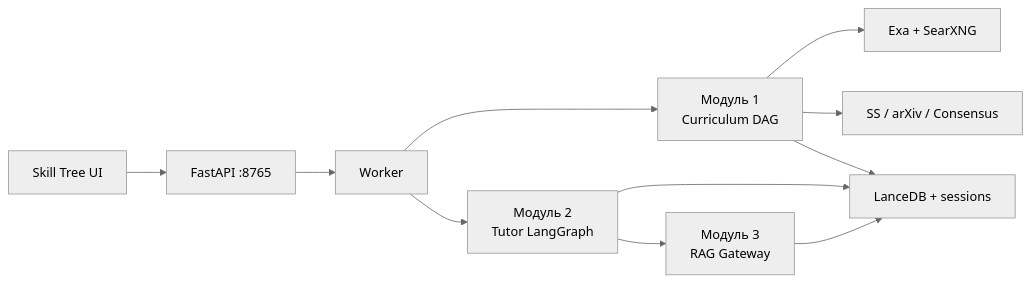
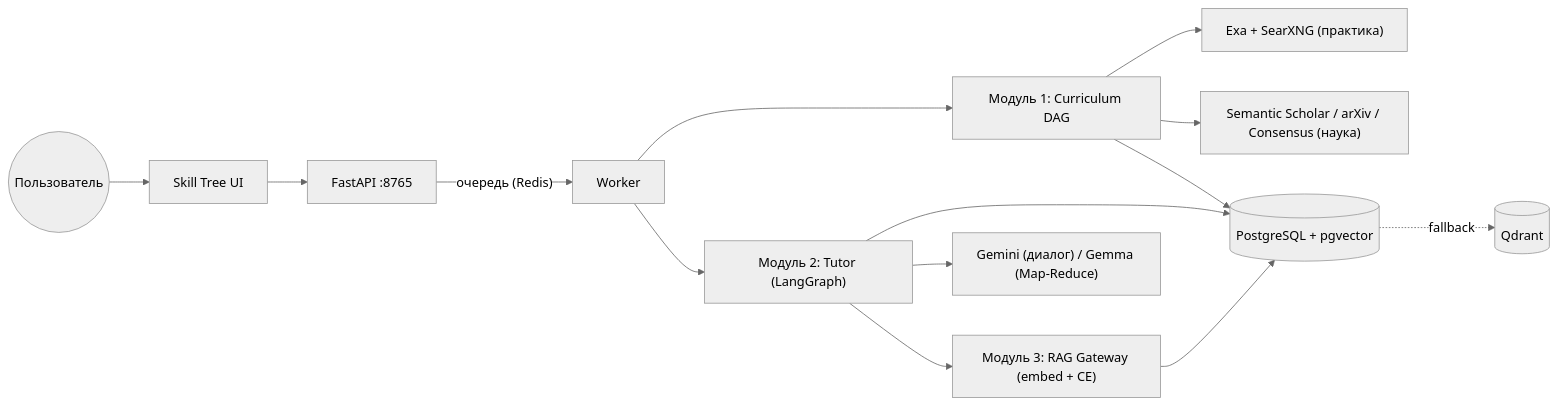
The diagram in README.md (6Artem6/REsearch), drawn with Mermaid (neutral theme) before and after one commit. The commit also changed other lines of this file and 3 other files, not shown here.

First line of the commit message:
docs: rewrite README (RU/EN), extend CHANGELOG, update steering roadmap

````diff
--- a/README.md
+++ b/README.md
@@ -48,22 +118,16 @@
 ```mermaid
 flowchart LR
-  UI["Skill Tree UI"]
-  API["FastAPI :8765"]
-  W["Worker"]
-  M1["Модуль 1\nCurriculum DAG"]
-  M2["Модуль 2\nTutor LangGraph"]
-  M3["Модуль 3\nRAG Gateway"]
-  Prac["Exa + SearXNG"]
-  Acad["SS / arXiv / Consensus"]
-  L["LanceDB + sessions"]
-
-  UI --> API --> W
-  W --> M1
-  M1 --> Prac
-  M1 --> Acad
-  W --> M2
-  M2 --> M3
-  M1 --> L
-  M2 --> L
-  M3 --> L
+  User(("Пользователь")) --> UI["Skill Tree UI"]
+  UI --> API["FastAPI :8765"]
+  API -->|"очередь (Redis)"| W["Worker"]
+  W --> M1["Модуль 1: Curriculum DAG"]
+  W --> M2["Модуль 2: Tutor (LangGraph)"]
+  M2 --> M3["Модуль 3: RAG Gateway (embed + CE)"]
+  M1 --> Prac["Exa + SearXNG (практика)"]
+  M1 --> Acad["Semantic Scholar / arXiv / Consensus (наука)"]
+  M1 --> PG[("PostgreSQL + pgvector")]
+  M2 --> PG
+  M3 --> PG
+  PG -.->|"fallback"| Q[("Qdrant")]
+  M2 --> LLM["Gemini (диалог) / Gemma (Map-Reduce)"]
 ```
````
